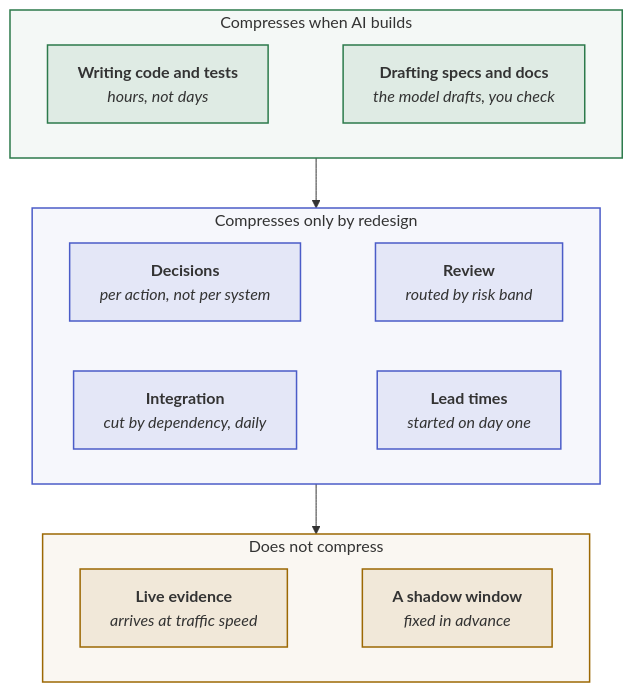
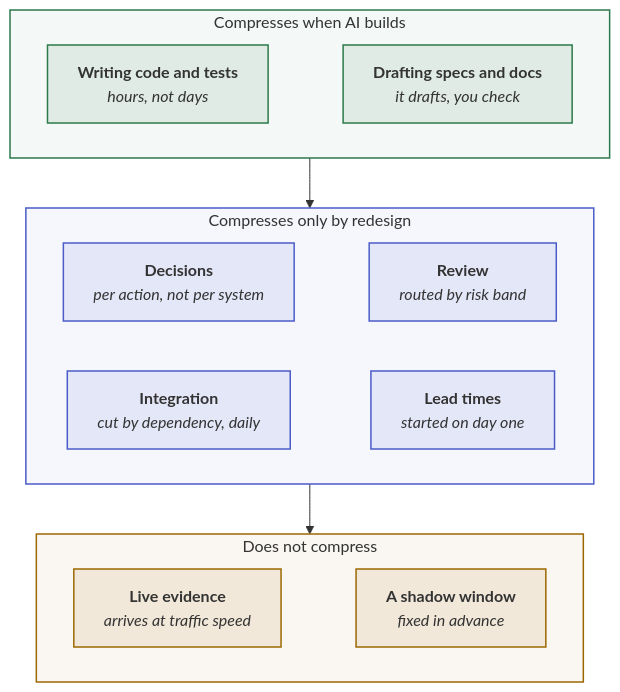
Before and after one commit to akash-coded/aws-bedrock-agentcore-strands: the diagram in site/content/learn/lessons/cut-delivery-time.md, drawn with Mermaid. The commit also changed 82 other files, not shown here.

````diff
--- a/site/content/learn/lessons/cut-delivery-time.md
+++ b/site/content/learn/lessons/cut-delivery-time.md
@@ -19,27 +19,27 @@
 ```mermaid
 flowchart TB
   subgraph A["Compresses when AI builds"]
     direction LR
-    A1["<b>Writing code and tests</b><br/><i>hours, not days</i>"] ~~~ A2["<b>Drafting specs and docs</b><br/><i>the model drafts, you check</i>"]
+    A1["<b>Writing code and tests</b><br/><i>hours, not days</i>"] ~~~ A2["<b>Drafting specs and docs</b><br/><i>it drafts, you check</i>"]
   end
   subgraph B["Compresses only by redesign"]
     direction LR
     B1["<b>Decisions</b><br/><i>per action, not per system</i>"] ~~~ B2["<b>Review</b><br/><i>routed by risk band</i>"]
     B3["<b>Integration</b><br/><i>cut by dependency, daily</i>"] ~~~ B4["<b>Lead times</b><br/><i>started on day one</i>"]
   end
   subgraph C["Does not compress"]
     direction LR
     C1["<b>Live evidence</b><br/><i>arrives at traffic speed</i>"] ~~~ C2["<b>A shadow window</b><br/><i>fixed in advance</i>"]
   end
   A --> B --> C
 
   classDef fast fill:#2C7A4B1A,stroke:#2C7A4B,stroke-width:1.5px
   classDef design fill:#4B5CC81A,stroke:#4B5CC8,stroke-width:1.5px
   classDef fixed fill:#9C68031A,stroke:#9C6803,stroke-width:1.5px
   class A1,A2 fast
   class B1,B2,B3,B4 design
   class C1,C2 fixed
   style A fill:#2C7A4B0D,stroke:#2C7A4B,stroke-width:1.5px
   style B fill:#4B5CC80D,stroke:#4B5CC8,stroke-width:1.5px
   style C fill:#9C68030D,stroke:#9C6803,stroke-width:1.5px
 ```
````
